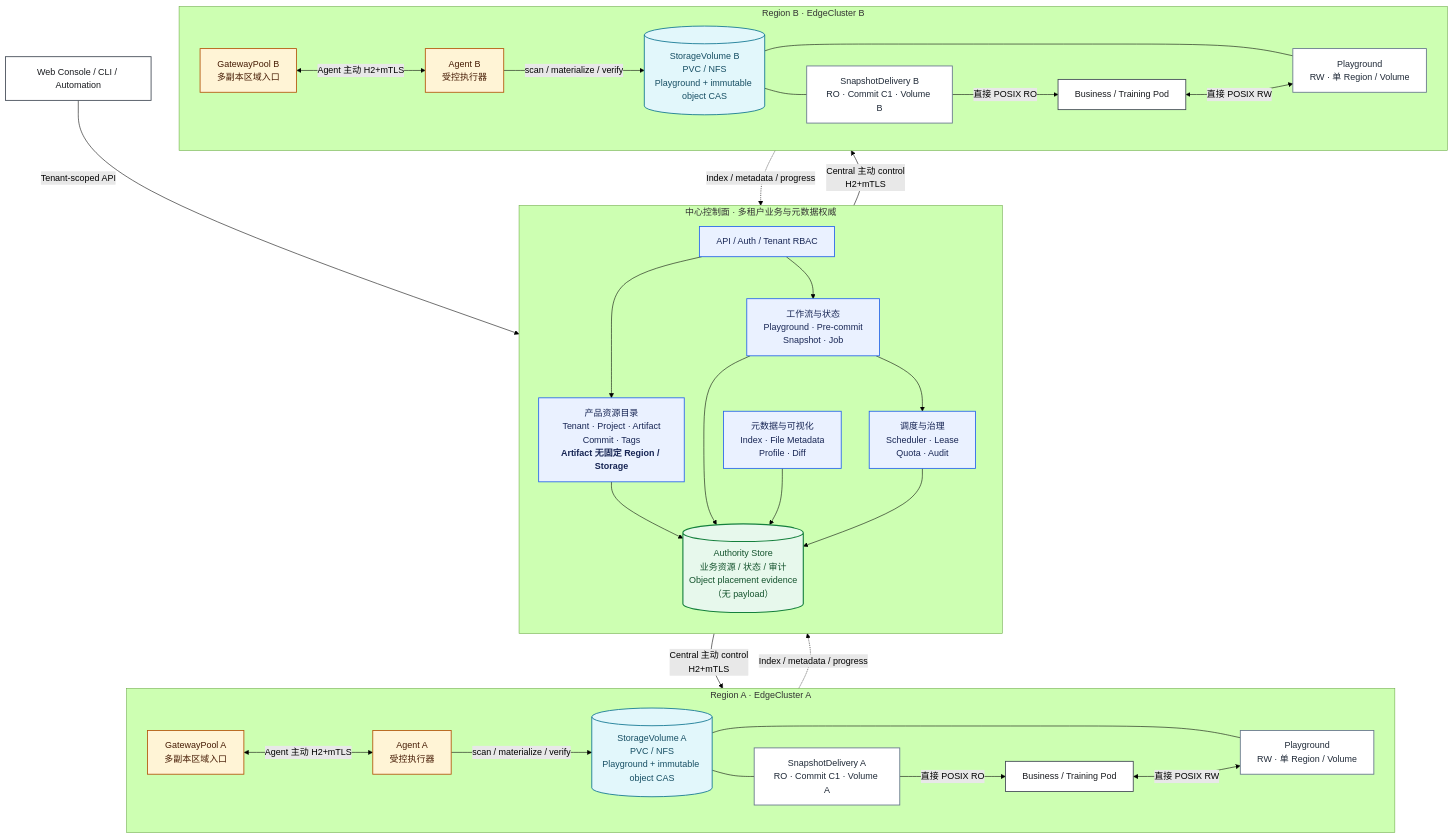
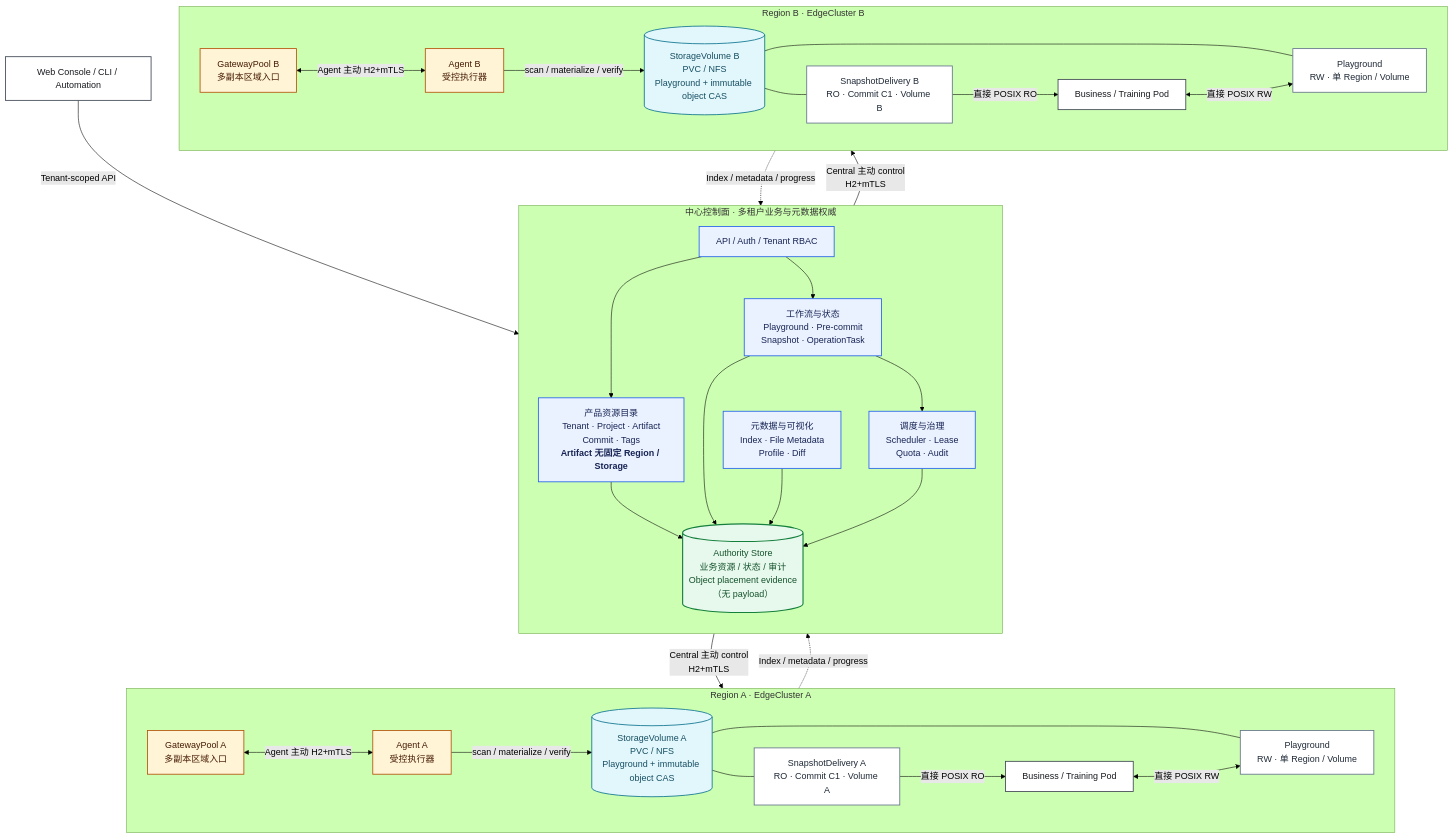
One commit to kwsc98/neoengram changed the diagram in docs/product.md. Above: the diagram before and after it, drawn with Mermaid (forest theme). The commit also changed other lines of this file and 153 other files, not shown here.

````diff
--- a/docs/product.md
+++ b/docs/product.md
@@ -108,74 +108,74 @@
 ```mermaid
 flowchart TB
     ENTRY["Web Console / CLI / Automation"]
 
     subgraph CENTER["中心控制面 · 多租户业务与元数据权威"]
         direction TB
         API["API / Auth / Tenant RBAC"]
         CATALOG["产品资源目录<br/>Tenant · Project · Artifact<br/>Commit · Tags<br/><b>Artifact 无固定 Region / Storage</b>"]
-        WORKFLOW["工作流与状态<br/>Playground · Pre-commit<br/>Snapshot · Job"]
+        WORKFLOW["工作流与状态<br/>Playground · Pre-commit<br/>Snapshot · OperationTask"]
         META["元数据与可视化<br/>Index · File Metadata<br/>Profile · Diff"]
         OPS["调度与治理<br/>Scheduler · Lease<br/>Quota · Audit"]
         DB[("Authority Store<br/>业务资源 / 状态 / 审计<br/>Object placement evidence（无 payload）")]
 
         API --> CATALOG
         API --> WORKFLOW
         CATALOG --> DB
         WORKFLOW --> DB
         META --> DB
         OPS --> DB
         WORKFLOW --> OPS
     end
 
     ENTRY -->|"Tenant-scoped API"| API
 
     subgraph REGION_A["Region A · EdgeCluster A"]
         direction LR
         GW_A["GatewayPool A<br/>多副本区域入口"]
         AGENT_A["Agent A<br/>受控执行器"]
         VOLUME_A[("StorageVolume A<br/>PVC / NFS<br/>Playground + immutable object CAS")]
         PG_A["Playground<br/>RW · 单 Region / Volume"]
         SS_A["SnapshotDelivery A<br/>RO · Commit C1 · Volume A"]
         POD_A["Business / Training Pod"]
         GW_A <-->|"Agent 主动 H2+mTLS"| AGENT_A
         AGENT_A -->|"scan / materialize / verify"| VOLUME_A
         VOLUME_A --- PG_A
         VOLUME_A --- SS_A
         POD_A <-->|"直接 POSIX RW"| PG_A
         SS_A -->|"直接 POSIX RO"| POD_A
     end
 
     subgraph REGION_B["Region B · EdgeCluster B"]
         direction LR
         GW_B["GatewayPool B<br/>多副本区域入口"]
         AGENT_B["Agent B<br/>受控执行器"]
         VOLUME_B[("StorageVolume B<br/>PVC / NFS<br/>Playground + immutable object CAS")]
         PG_B["Playground<br/>RW · 单 Region / Volume"]
         SS_B["SnapshotDelivery B<br/>RO · Commit C1 · Volume B"]
         POD_B["Business / Training Pod"]
         GW_B <-->|"Agent 主动 H2+mTLS"| AGENT_B
         AGENT_B -->|"scan / materialize / verify"| VOLUME_B
         VOLUME_B --- PG_B
         VOLUME_B --- SS_B
         POD_B <-->|"直接 POSIX RW"| PG_B
         SS_B -->|"直接 POSIX RO"| POD_B
     end
 
     OPS -->|"Central 主动 control<br/>H2+mTLS"| GW_A
     OPS -->|"Central 主动 control<br/>H2+mTLS"| GW_B
     GW_A -.->|"Index / metadata / progress"| META
     GW_B -.->|"Index / metadata / progress"| META
     classDef entry fill:#ffffff,stroke:#3f4752,color:#17191d,stroke-width:1.5px;
     classDef control fill:#eaf1ff,stroke:#2563eb,color:#172554,stroke-width:1.5px;
     classDef authority fill:#e7f8ec,stroke:#15803d,color:#14532d,stroke-width:2px;
     classDef agent fill:#fff4d6,stroke:#b45309,color:#451a03,stroke-width:1.5px;
     classDef storage fill:#e2f7fb,stroke:#0e7490,color:#164e63,stroke-width:1.5px;
     classDef view fill:#ffffff,stroke:#64748b,color:#1f2937,stroke-width:1.5px;
 
     class ENTRY,POD_A,POD_B entry;
     class API,CATALOG,WORKFLOW,META,OPS control;
     class DB authority;
     class GW_A,GW_B,AGENT_A,AGENT_B agent;
     class VOLUME_A,VOLUME_B storage;
     class PG_A,PG_B,SS_A,SS_B view;
 ```
````
